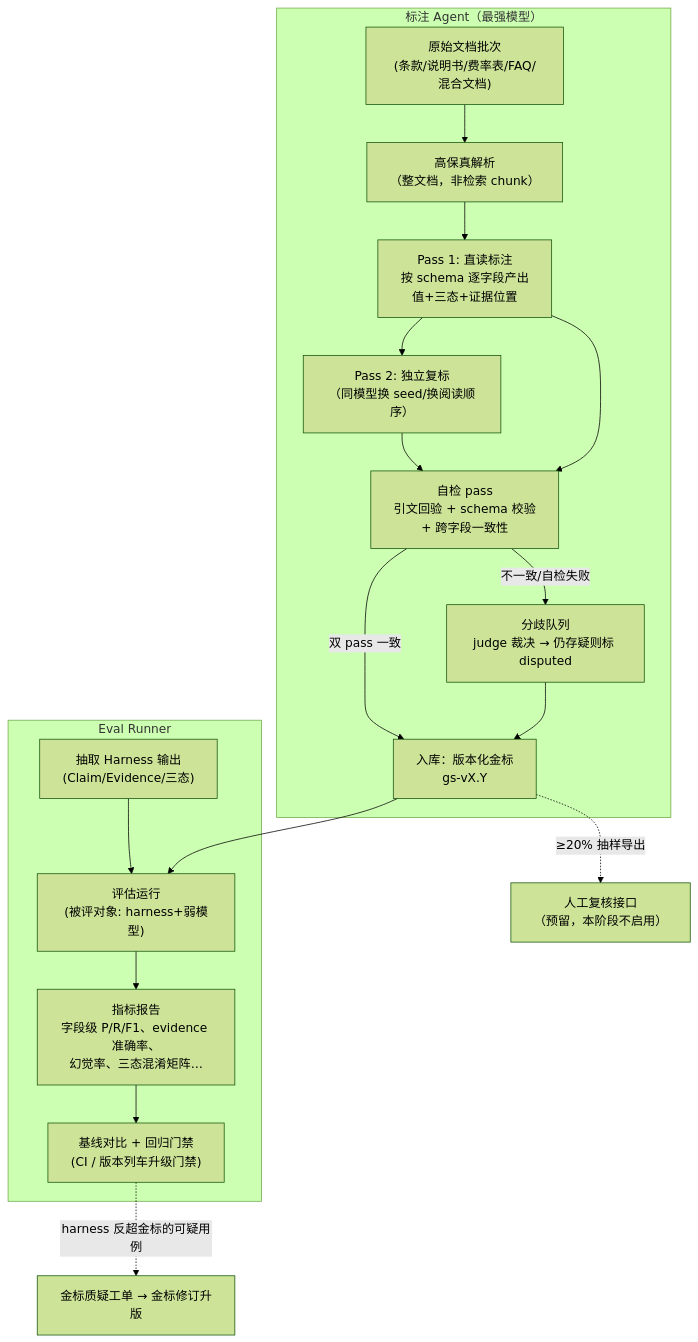
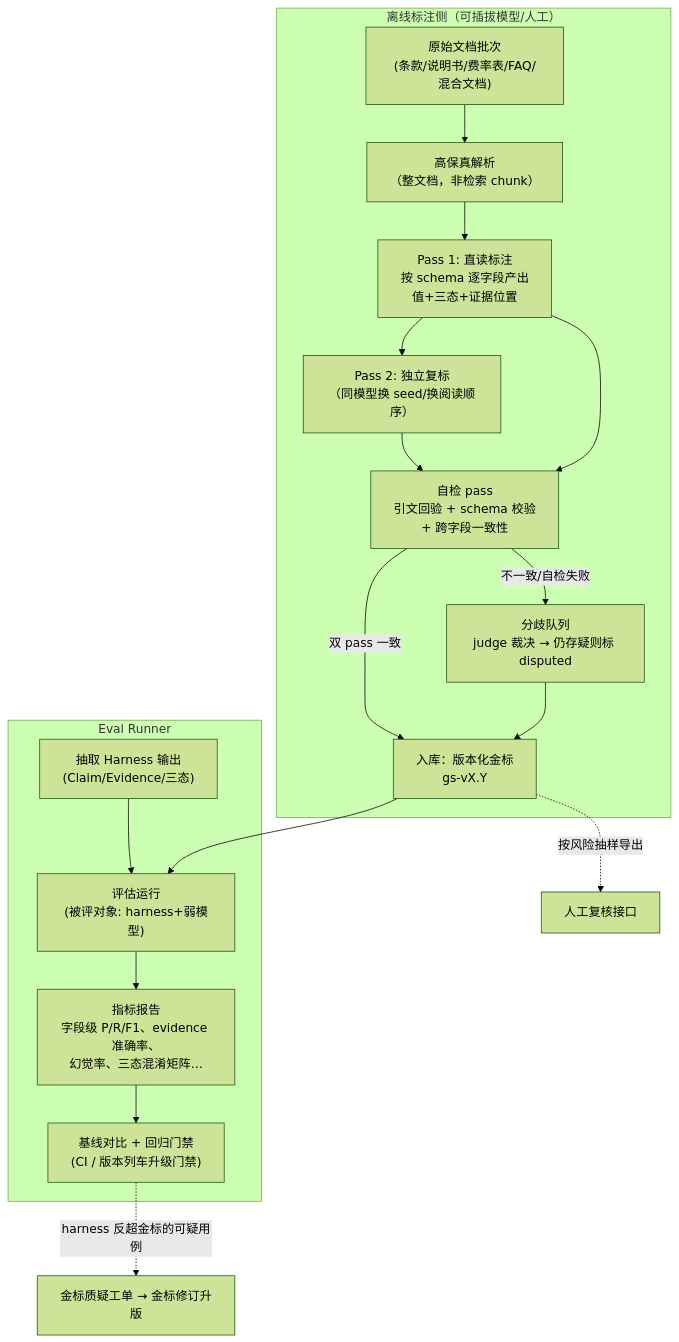
The diagram in docs/insurance-kb/05-golden-set-eval.md (PA-ALG/InsuranceKB-WeKnora), drawn with Mermaid (forest theme) before and after one commit. The commit also changed other lines of this file and 81 other files, not shown here.

Commit message:
docs: establish enterprise LLM wiki MVP roadmap

````diff
--- a/docs/insurance-kb/05-golden-set-eval.md
+++ b/docs/insurance-kb/05-golden-set-eval.md
@@ -47,21 +45,21 @@
 ```mermaid
 flowchart TB
-    subgraph 标注侧["标注 Agent（最强模型）"]
+    subgraph 标注侧["离线标注侧（可插拔模型/人工）"]
         D["原始文档批次<br/>(条款/说明书/费率表/FAQ/混合文档)"] --> P["高保真解析<br/>（整文档，非检索 chunk）"]
         P --> A1["Pass 1: 直读标注<br/>按 schema 逐字段产出<br/>值+三态+证据位置"]
         A1 --> A2["Pass 2: 独立复标<br/>（同模型换 seed/换阅读顺序）"]
         A1 --> C["自检 pass<br/>引文回验 + schema 校验<br/>+ 跨字段一致性"]
         A2 --> C
         C -->|双 pass 一致| G["入库：版本化金标<br/>gs-vX.Y"]
         C -->|不一致/自检失败| Q["分歧队列<br/>judge 裁决 → 仍存疑则标 disputed"]
         Q --> G
     end
     subgraph 评估侧["Eval Runner"]
         G --> E["评估运行<br/>(被评对象: harness+弱模型)"]
         H["抽取 Harness 输出<br/>(Claim/Evidence/三态)"] --> E
         E --> R["指标报告<br/>字段级 P/R/F1、evidence 准确率、<br/>幻觉率、三态混淆矩阵…"]
         R --> B["基线对比 + 回归门禁<br/>(CI / 版本列车升级门禁)"]
     end
-    G -.->|"≥20% 抽样导出"| RV["人工复核接口<br/>（预留，本阶段不启用）"]
+    G -.->|"按风险抽样导出"| RV["人工复核接口"]
     B -.->|"harness 反超金标的可疑用例"| DIS["金标质疑工单 → 金标修订升版"]
 ```
````
